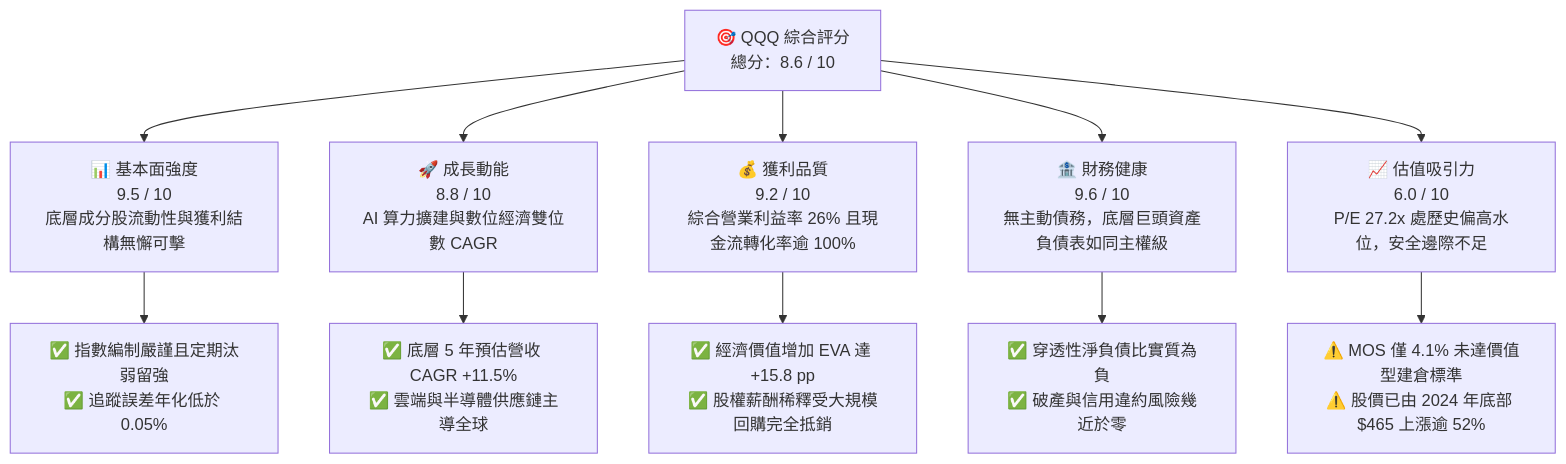
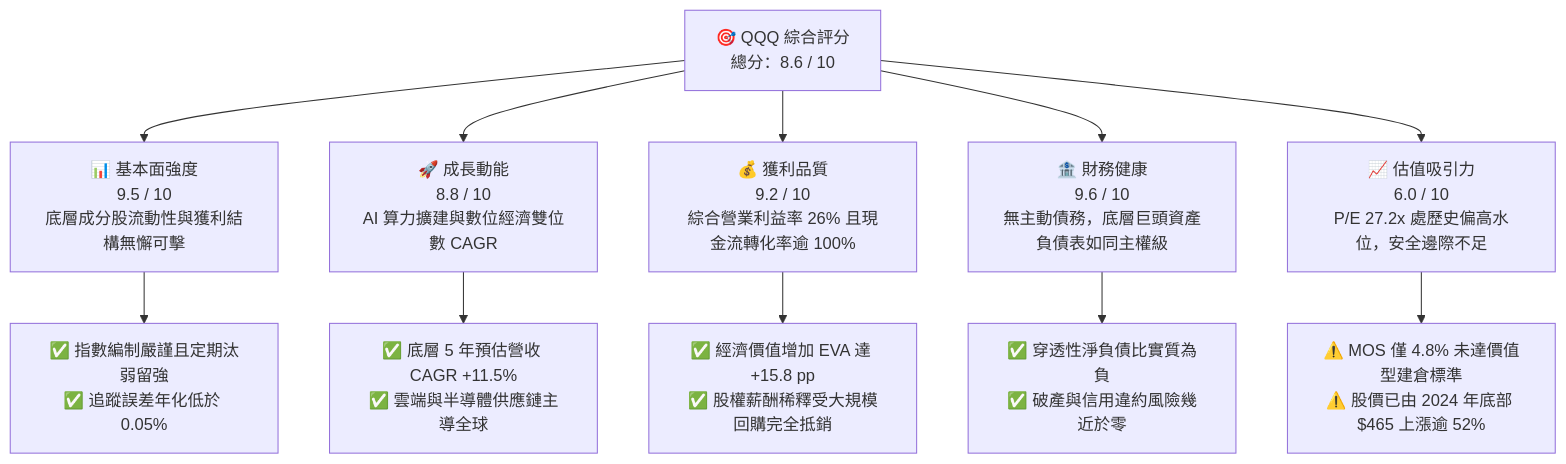
Before and after one commit to yennanliu/finance_data: the first of 15 diagrams in ai_gen_report/fundamental/qqq/fundamental_analysis_2026-10-17_gemini.md, drawn with Mermaid. The commit also changed other lines of this file and 339 other files, not shown here.

````diff
--- a/ai_gen_report/fundamental/qqq/fundamental_analysis_2026-10-17_gemini.md
+++ b/ai_gen_report/fundamental/qqq/fundamental_analysis_2026-10-17_gemini.md
@@ -60,22 +67,22 @@
 ```mermaid
 graph TD
     TICKER["🎯 QQQ 綜合評分<br/>總分：8.6 / 10"]
 
     F["📊 基本面強度<br/>9.5 / 10<br/>底層成分股流動性與獲利結構無懈可擊"]
     G["🚀 成長動能<br/>8.8 / 10<br/>AI 算力擴建與數位經濟雙位數 CAGR"]
     P["💰 獲利品質<br/>9.2 / 10<br/>綜合營業利益率 26% 且現金流轉化率逾 100%"]
     B["🏦 財務健康<br/>9.6 / 10<br/>無主動債務，底層巨頭資產負債表如同主權級"]
     V["📈 估值吸引力<br/>6.0 / 10<br/>P/E 27.2x 處歷史偏高水位，安全邊際不足"]
 
     TICKER --> F
     TICKER --> G
     TICKER --> P
     TICKER --> B
     TICKER --> V
 
     F --> F1["✅ 指數編制嚴謹且定期汰弱留強<br/>✅ 追蹤誤差年化低於 0.05%"]
     G --> G1["✅ 底層 5 年預估營收 CAGR +11.5%<br/>✅ 雲端與半導體供應鏈主導全球"]
     P --> P1["✅ 經濟價值增加 EVA 達 +15.8 pp<br/>✅ 股權薪酬稀釋受大規模回購完全抵銷"]
     B --> B1["✅ 穿透性淨負債比實質為負<br/>✅ 破產與信用違約風險幾近於零"]
-    V --> V1["⚠️ MOS 僅 4.1% 未達價值型建倉標準<br/>⚠️ 股價已由 2024 年底部 $465 上漲逾 52%"]
+    V --> V1["⚠️ MOS 僅 4.8% 未達價值型建倉標準<br/>⚠️ 股價已由 2024 年底部 $465 上漲逾 52%"]
 ```
````
